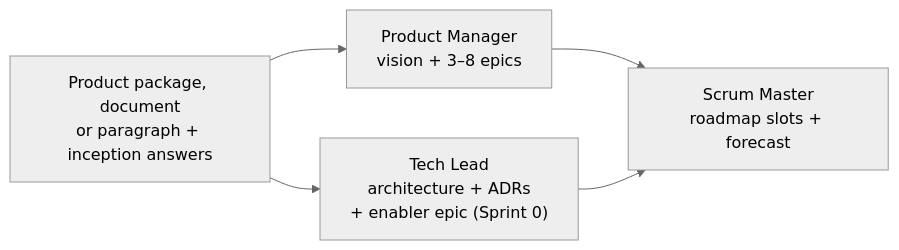
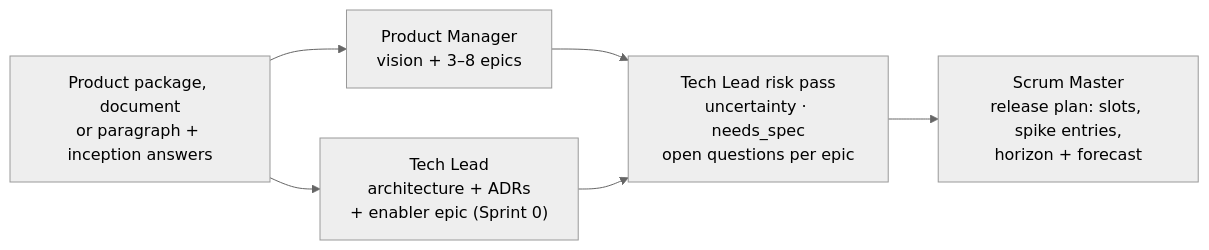
Before and after one commit to giolabs/conclave: the diagram in site/content/en/commands/init.mdx, drawn with Mermaid (neutral theme). The commit also changed other lines of this file and 41 other files, not shown here.

First line of the commit message:
docs(site): v2.1.0 spikes, SPEC and release horizon pages (EN/ES)

````diff
--- a/site/content/en/commands/init.mdx
+++ b/site/content/en/commands/init.mdx
@@ -129,7 +132,8 @@
 ```mermaid
 flowchart LR
     Idea["Product package, document<br/>or paragraph + inception answers"] --> PM["Product Manager<br/>vision + 3–8 epics"]
     Idea --> TL["Tech Lead<br/>architecture + ADRs<br/>+ enabler epic (Sprint 0)"]
-    PM --> SM["Scrum Master<br/>roadmap slots + forecast"]
-    TL --> SM
+    PM --> Risk["Tech Lead risk pass<br/>uncertainty · needs_spec<br/>open questions per epic"]
+    TL --> Risk
+    Risk --> SM["Scrum Master<br/>release plan: slots, spike entries,<br/>horizon + forecast"]
 ```
````
